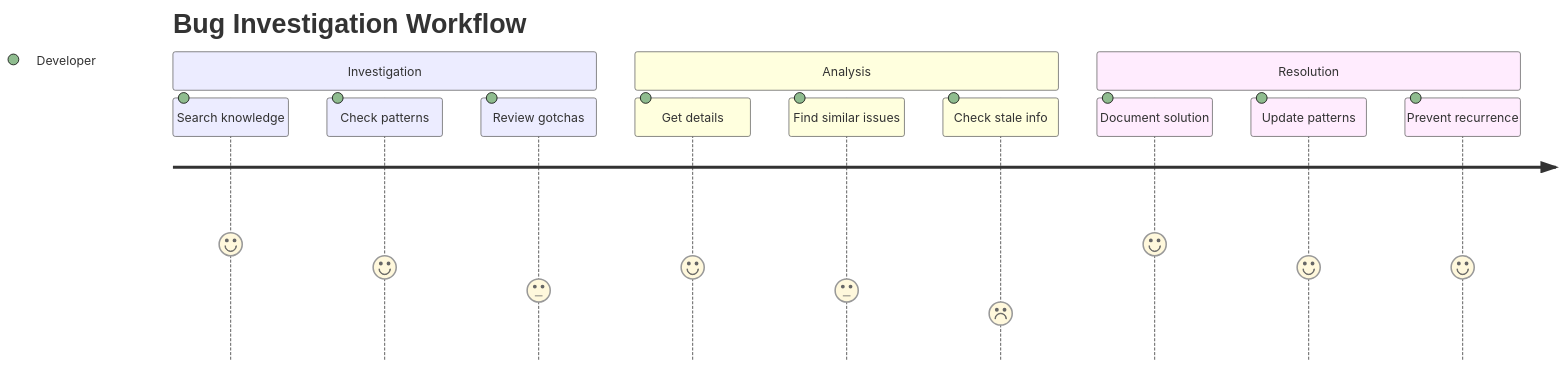
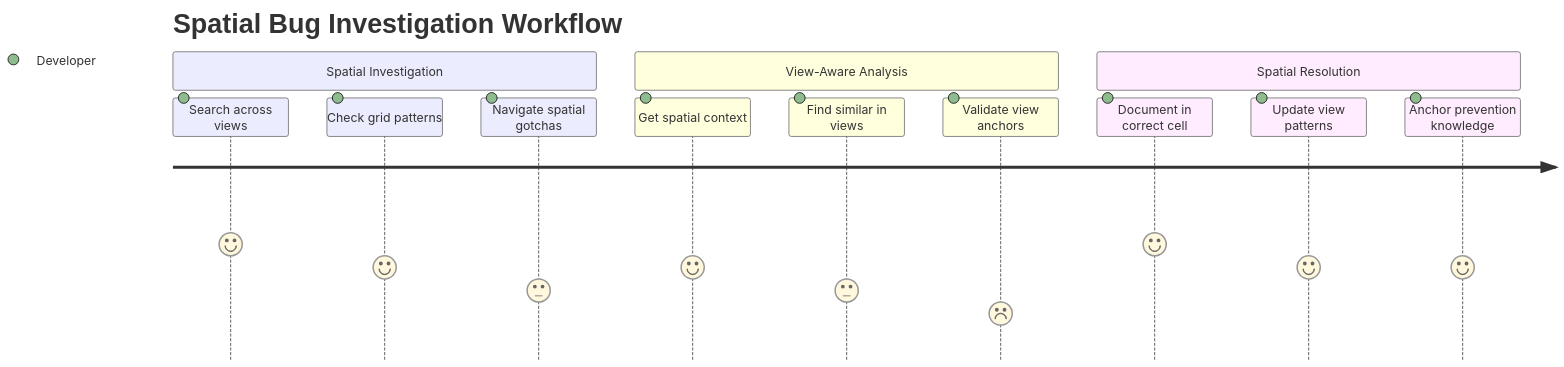
One commit to a24z-ai/a24z-memory changed the second of 6 diagrams in docs/tool-workflows/user-journeys.md. Above: the diagram before and after it, drawn with Mermaid. The commit also changed other lines of this file and 71 other files, not shown here.

````diff
--- a/docs/tool-workflows/user-journeys.md
+++ b/docs/tool-workflows/user-journeys.md
@@ -24,16 +24,16 @@
 ```mermaid
 journey
-    title Bug Investigation Workflow
-    section Investigation
-        Search knowledge: 5: Developer
-        Check patterns: 4: Developer
-        Review gotchas: 3: Developer
-    section Analysis
-        Get details: 4: Developer
-        Find similar issues: 3: Developer
-        Check stale info: 2: Developer
-    section Resolution
-        Document solution: 5: Developer
-        Update patterns: 4: Developer
-        Prevent recurrence: 4: Developer
+    title Spatial Bug Investigation Workflow
+    section Spatial Investigation
+        Search across views: 5: Developer
+        Check grid patterns: 4: Developer
+        Navigate spatial gotchas: 3: Developer
+    section View-Aware Analysis
+        Get spatial context: 4: Developer
+        Find similar in views: 3: Developer
+        Validate view anchors: 2: Developer
+    section Spatial Resolution
+        Document in correct cell: 5: Developer
+        Update view patterns: 4: Developer
+        Anchor prevention knowledge: 4: Developer
 ```
````
